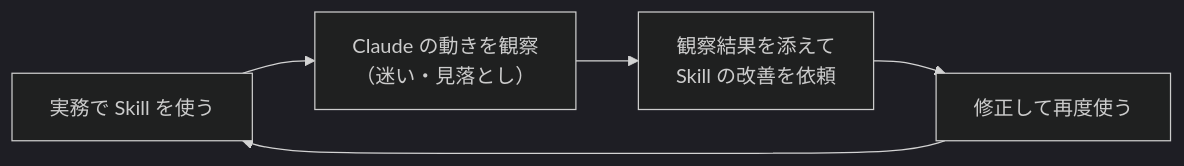
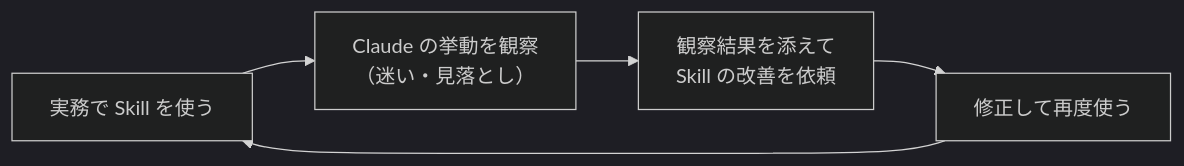
One commit to takuma39/ai changed the second of 3 diagrams in contents/24_skills/05_testing-troubleshooting.md. Above: the diagram before and after it, drawn with Mermaid (dark theme). The commit also changed other lines of this file and 26 other files, not shown here.

First line of the commit message:
Add Mermaid configuration and skills guide PDF

````diff
--- a/contents/24_skills/05_testing-troubleshooting.md
+++ b/contents/24_skills/05_testing-troubleshooting.md
@@ -106,7 +106,7 @@
 ```mermaid
 flowchart LR
-    A["実務で Skill を使う"] --> B["Claude の動きを観察<br/>（迷い・見落とし）"]
+    A["実務で Skill を使う"] --> B["Claude の挙動を観察<br/>（迷い・見落とし）"]
     B --> C["観察結果を添えて<br/>Skill の改善を依頼"]
     C --> D["修正して再度使う"]
     D --> A
 ```
````
